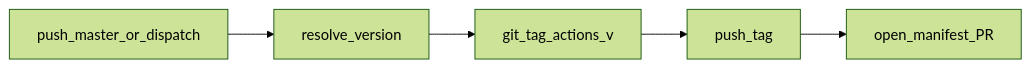
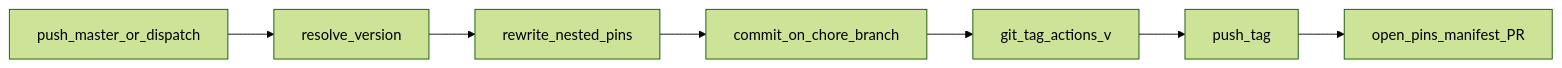
One commit to workers-world/worker-actions changed diagram 17 of 18 in docs/actions-workflows.md. Above: the diagram before and after it, drawn with Mermaid (forest theme). The commit also changed other lines of this file and 15 other files, not shown here.

First line of the commit message:
fix(release): align nested @actions pins at bundle release time (#66)

````diff
--- a/docs/actions-workflows.md
+++ b/docs/actions-workflows.md
@@ -360,7 +360,9 @@
 ```mermaid
 flowchart LR
   trigger[push_master_or_dispatch] --> resolve[resolve_version]
-  resolve --> tag[git_tag_actions_v]
+  resolve --> pins[rewrite_nested_pins]
+  pins --> commit[commit_on_chore_branch]
+  commit --> tag[git_tag_actions_v]
   tag --> pushTag[push_tag]
-  pushTag --> manifestPr[open_manifest_PR]
+  pushTag --> backfillPr[open_pins_manifest_PR]
 ```
````
